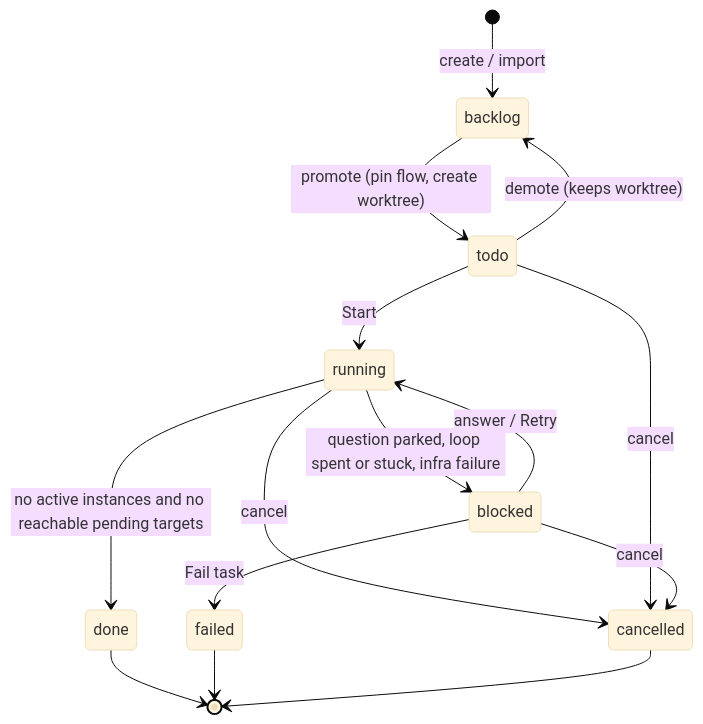
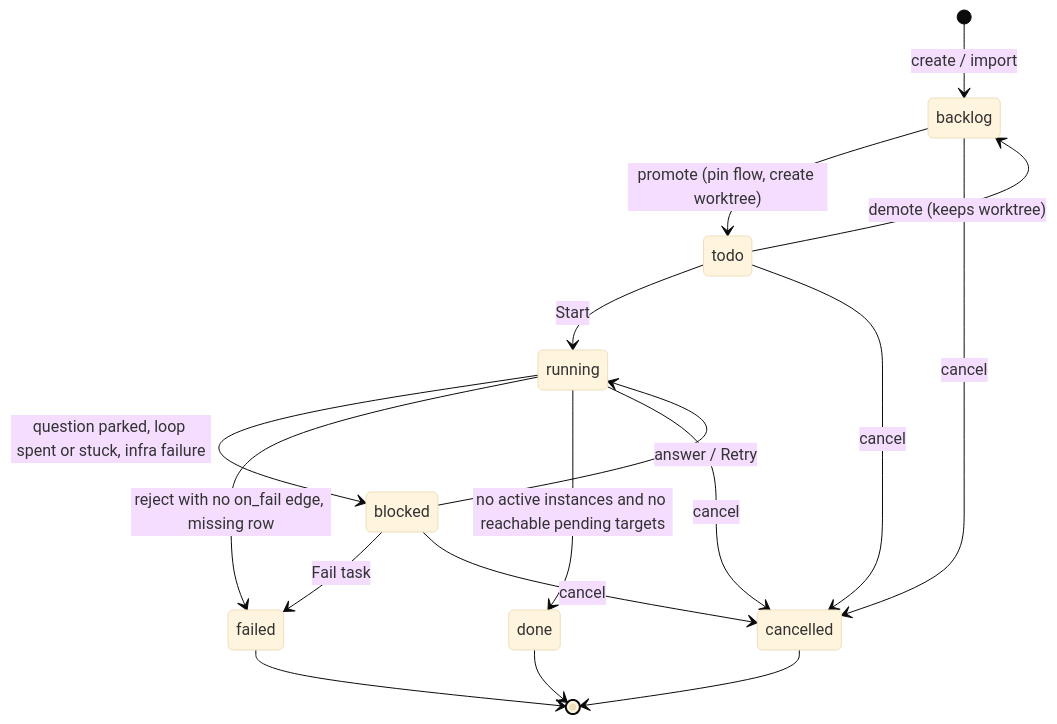
One commit to ClearCloudSoftware/flowboard changed the second of 2 diagrams in docs/FlowBoard/Task Detail/Task Lifecycle.md. Above: the diagram before and after it, drawn with Mermaid (base theme). The commit also changed other lines of this file and 25 other files, not shown here.

````diff
--- a/docs/FlowBoard/Task Detail/Task Lifecycle.md
+++ b/docs/FlowBoard/Task Detail/Task Lifecycle.md
@@ -32,17 +32,19 @@
 ```mermaid
 stateDiagram-v2
   [*] --> backlog: create / import
   backlog --> todo: promote (pin flow, create worktree)
   todo --> backlog: demote (keeps worktree)
   todo --> running: Start
   running --> blocked: question parked, loop spent or stuck, infra failure
   blocked --> running: answer / Retry
   blocked --> failed: Fail task
+  running --> failed: reject with no on_fail edge, missing row
+  backlog --> cancelled: cancel
   running --> done: no active instances and no reachable pending targets
   running --> cancelled: cancel
   todo --> cancelled: cancel
   blocked --> cancelled: cancel
   done --> [*]
   failed --> [*]
   cancelled --> [*]
 ```
````
